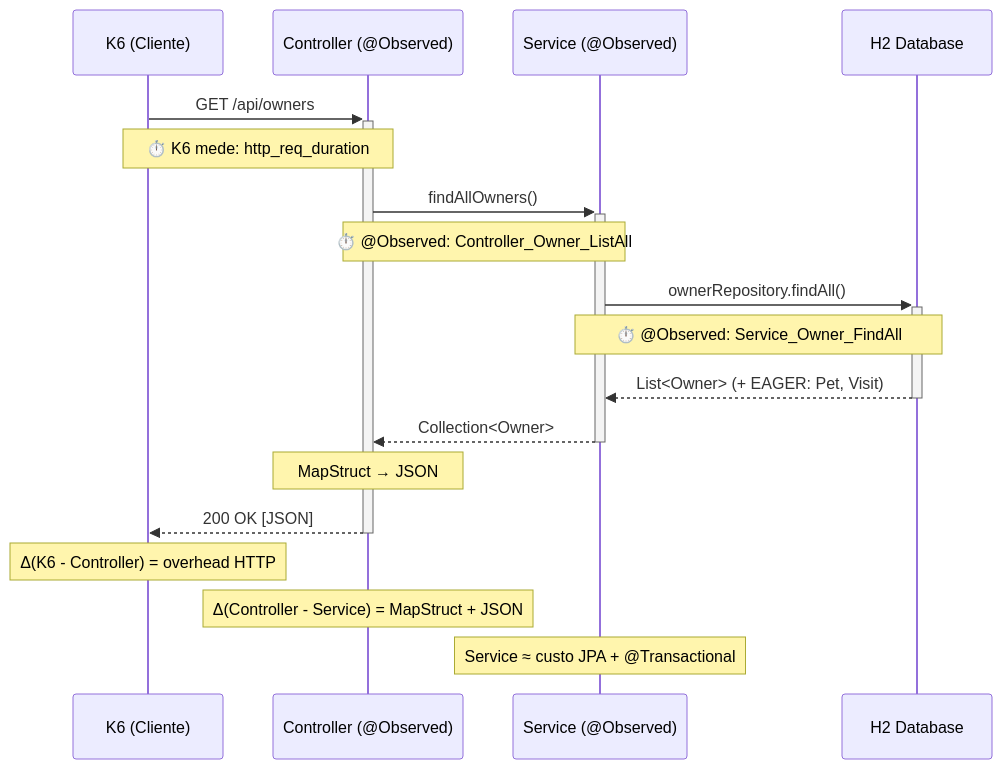
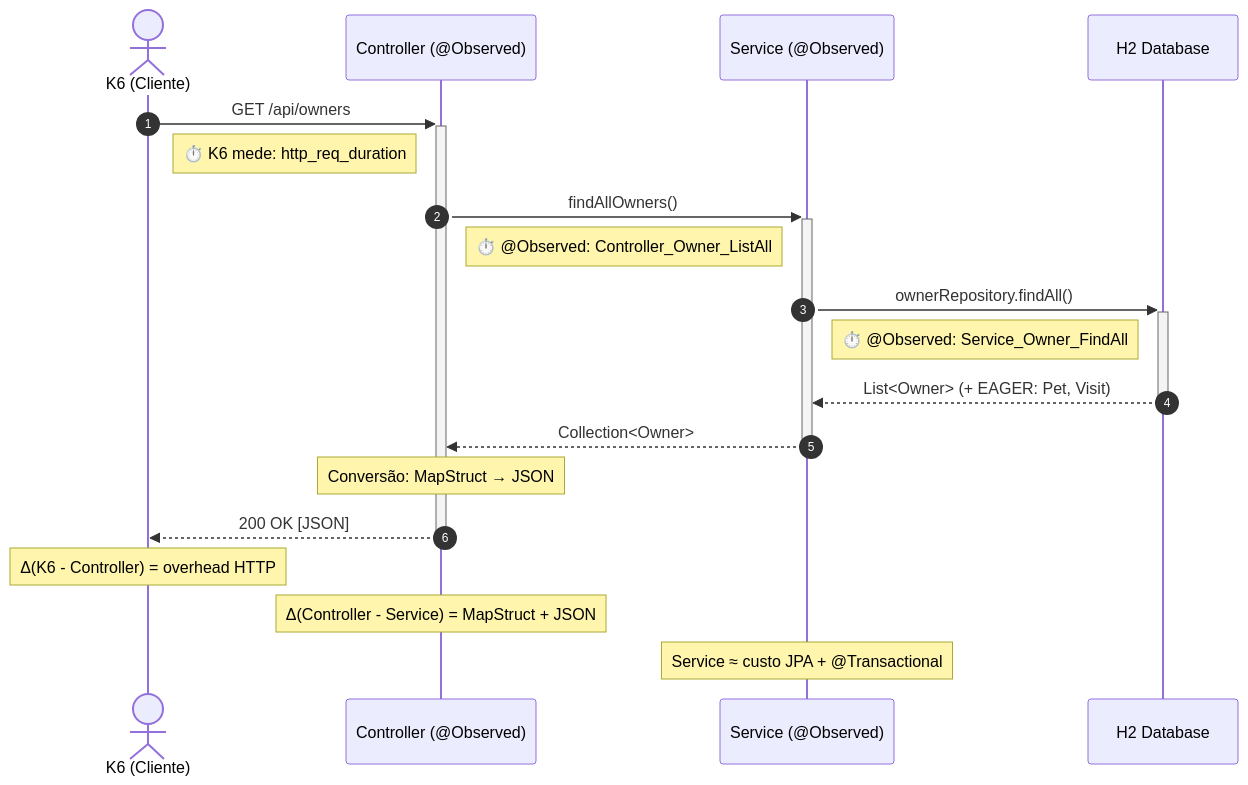
The diagram in docs/guides/k6-load-testing.md (diogomasc/infra-refactoring-metrics), drawn with Mermaid before and after one commit. The commit also changed other lines of this file and 5 other files, not shown here.

````diff
--- a/docs/guides/k6-load-testing.md
+++ b/docs/guides/k6-load-testing.md
@@ -20,25 +20,27 @@
 ```mermaid
 sequenceDiagram
-    participant K6 as K6 (Cliente)
+    autonumber
+    actor K6 as K6 (Cliente)
     participant CTRL as Controller (@Observed)
     participant SVC as Service (@Observed)
     participant DB as H2 Database
 
     K6->>+CTRL: GET /api/owners
-    Note over K6,CTRL: ⏱️ K6 mede: http_req_duration
+    Note right of K6: ⏱️ K6 mede: http_req_duration
 
     CTRL->>+SVC: findAllOwners()
-    Note over CTRL,SVC: ⏱️ @Observed: Controller_Owner_ListAll
+    Note right of CTRL: ⏱️ @Observed: Controller_Owner_ListAll
 
     SVC->>+DB: ownerRepository.findAll()
-    Note over SVC,DB: ⏱️ @Observed: Service_Owner_FindAll
+    Note right of SVC: ⏱️ @Observed: Service_Owner_FindAll
+
     DB-->>-SVC: List<Owner> (+ EAGER: Pet, Visit)
     SVC-->>-CTRL: Collection<Owner>
 
-    Note over CTRL: MapStruct → JSON
+    Note over CTRL: Conversão: MapStruct → JSON
     CTRL-->>-K6: 200 OK [JSON]
 
     Note over K6: Δ(K6 - Controller) = overhead HTTP
     Note over CTRL: Δ(Controller - Service) = MapStruct + JSON
     Note over SVC: Service ≈ custo JPA + @Transactional
 ```
````
